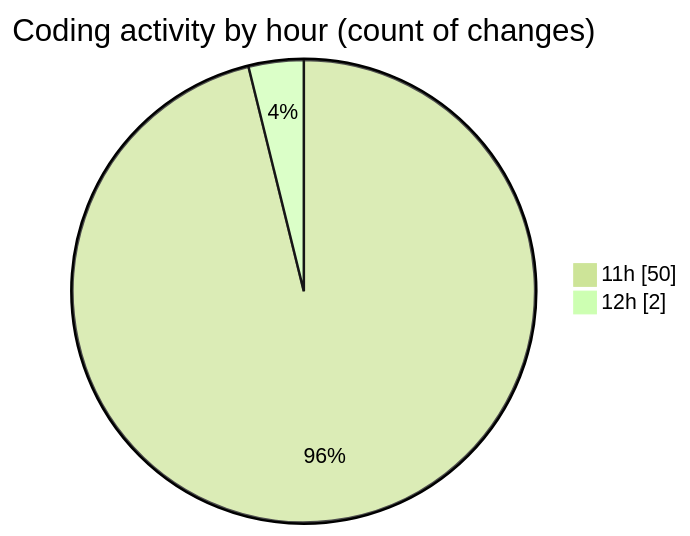
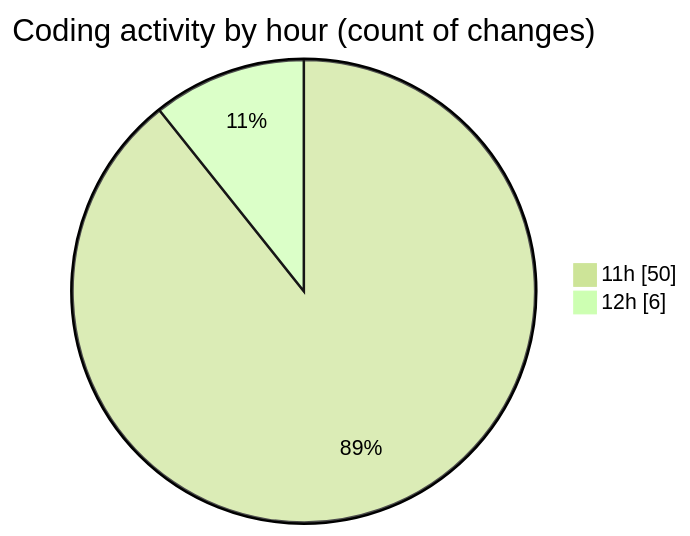
Before and after one commit to tmsrecording-cyber/code-tracking: the second of 2 diagrams in 2026-02-06/singularitybrainai/README.md, drawn with Mermaid (forest theme). The commit also changed other lines of this file and 1 other file, not shown here.

````diff
--- a/2026-02-06/singularitybrainai/README.md
+++ b/2026-02-06/singularitybrainai/README.md
@@ -32,6 +32,6 @@
 ```mermaid
 pie showData
 title Coding activity by hour (count of changes)
 "11h" : 50
-"12h" : 2
+"12h" : 6
 ```
````
